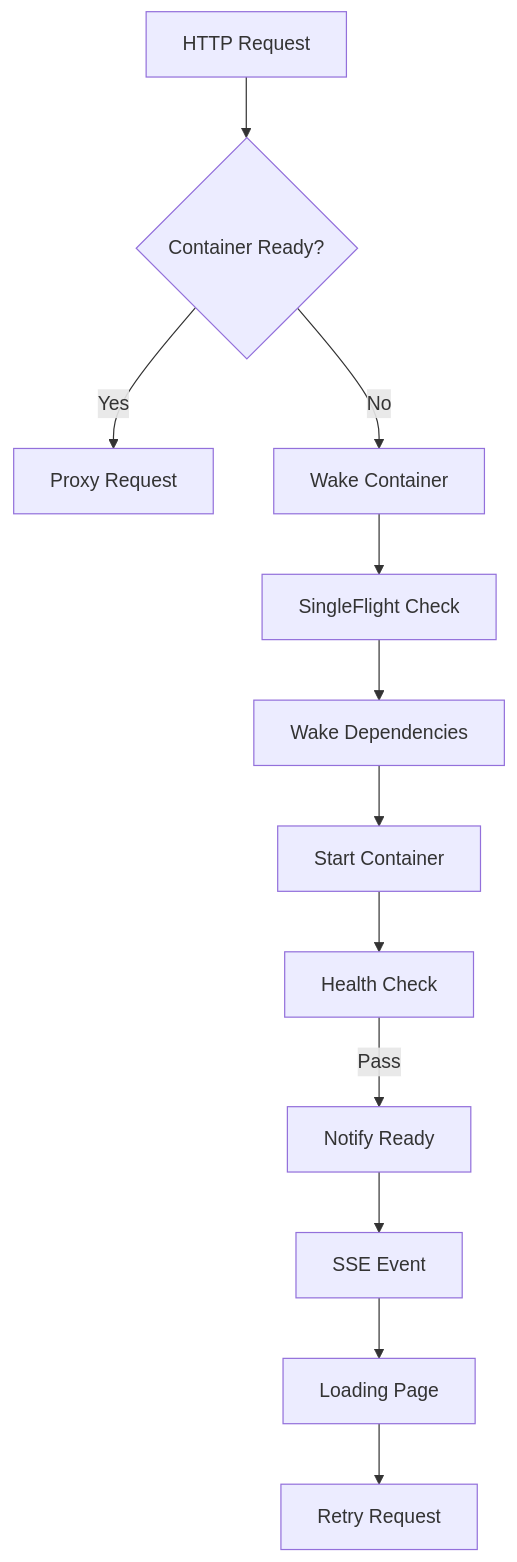
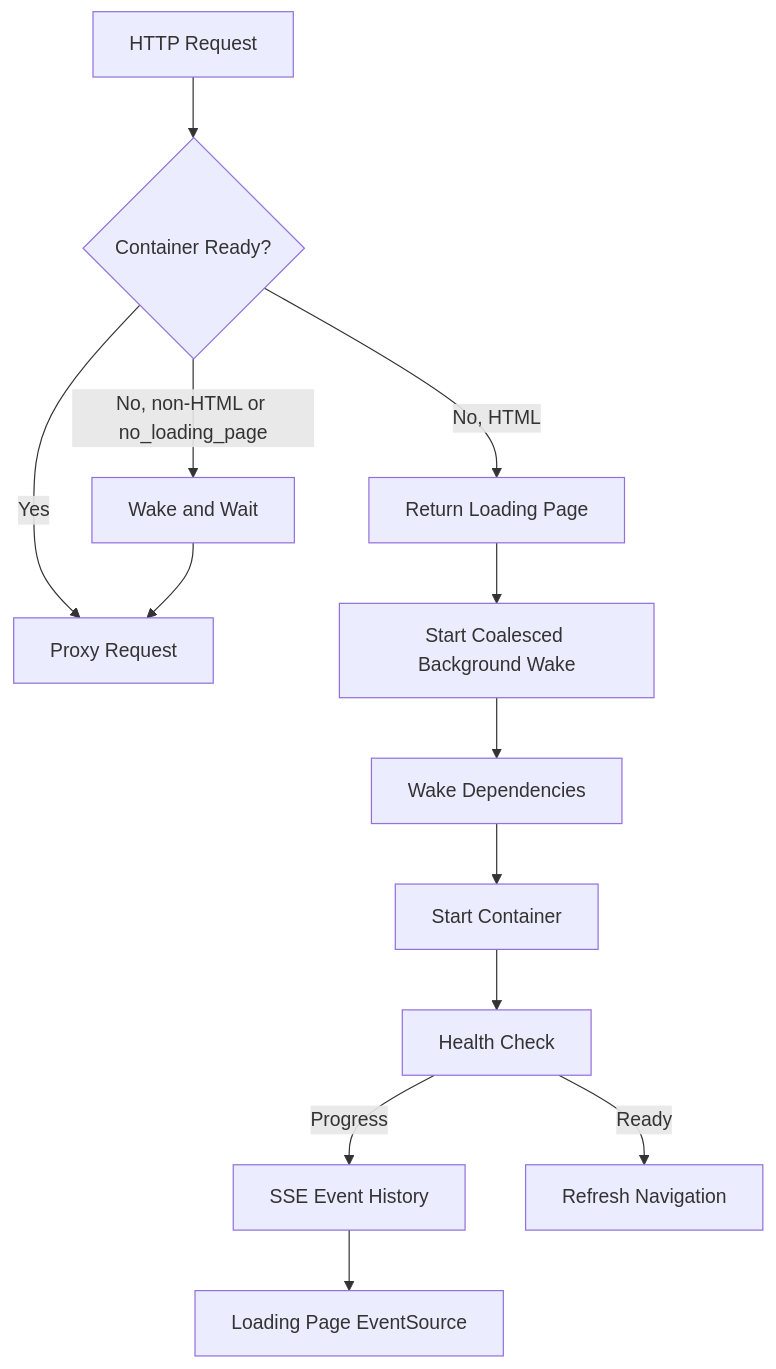
One commit to yusing/godoxy-wiki changed the second of 3 diagrams in content/docs/impl/internal-idlewatcher.mdx. Above: the diagram before and after it, drawn with Mermaid. The commit also changed other lines of this file and 7 other files, not shown here.

````diff
--- a/content/docs/impl/internal-idlewatcher.mdx
+++ b/content/docs/impl/internal-idlewatcher.mdx
@@ -136,14 +137,15 @@
 ```mermaid
 flowchart TD
     A[HTTP Request] --> B{Container Ready?}
     B -->|Yes| C[Proxy Request]
-    B -->|No| D[Wake Container]
-    D --> E[SingleFlight Check]
+    B -->|No, HTML| D[Return Loading Page]
+    D --> E[Start Coalesced Background Wake]
     E --> F[Wake Dependencies]
     F --> G[Start Container]
     G --> H[Health Check]
-    H -->|Pass| I[Notify Ready]
-    I --> J[SSE Event]
-    J --> K[Loading Page]
-    K --> L[Retry Request]
+    H -->|Progress| I[SSE Event History]
+    I --> J[Loading Page EventSource]
+    H -->|Ready| K[Refresh Navigation]
+    B -->|No, non-HTML or no_loading_page| L[Wake and Wait]
+    L --> C
 ```
````
